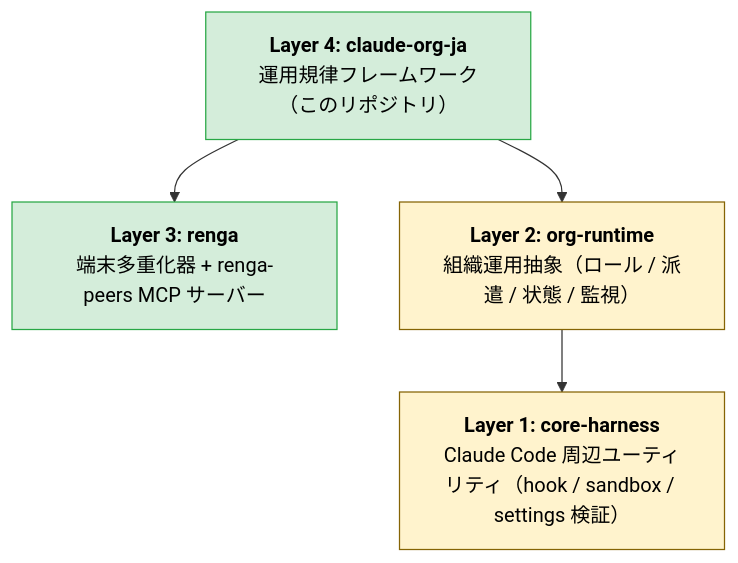
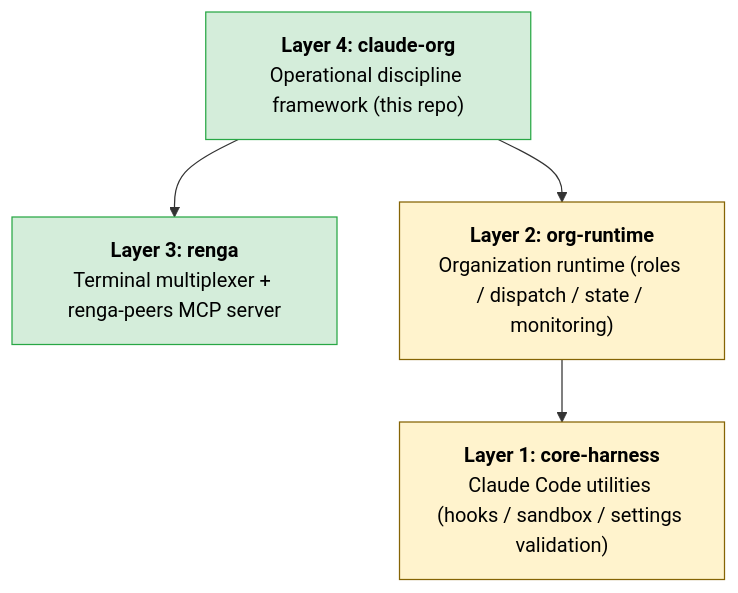
One commit to suisya-systems/claude-org changed the diagram in README.md. Above: the diagram before and after it, drawn with Mermaid. The commit also changed other lines of this file, not shown here.

First line of the commit message:
Wave B-core PR-1: translate README to English (B3 rewrite)

````diff
--- a/README.md
+++ b/README.md
@@ -28,16 +26,16 @@
 ```mermaid
 flowchart TD
-    L4["<b>Layer 4: claude-org-ja</b><br/>運用規律フレームワーク（このリポジトリ）"]
-    L3["<b>Layer 3: renga</b><br/>端末多重化器 + renga-peers MCP サーバー"]
-    L2["<b>Layer 2: org-runtime</b><br/>組織運用抽象（ロール / 派遣 / 状態 / 監視）"]
-    L1["<b>Layer 1: core-harness</b><br/>Claude Code 周辺ユーティリティ（hook / sandbox / settings 検証）"]
+    L4["<b>Layer 4: claude-org</b><br/>Operational discipline framework (this repo)"]
+    L3["<b>Layer 3: renga</b><br/>Terminal multiplexer + renga-peers MCP server"]
+    L2["<b>Layer 2: org-runtime</b><br/>Organization runtime (roles / dispatch / state / monitoring)"]
+    L1["<b>Layer 1: core-harness</b><br/>Claude Code utilities (hooks / sandbox / settings validation)"]
 
     L4 --> L3
     L4 --> L2
     L2 --> L1
 
     classDef shipped fill:#d4edda,stroke:#28a745,color:#000
     classDef planned fill:#fff3cd,stroke:#856404,color:#000
     class L4,L3 shipped
     class L2,L1 planned
 ```
````
